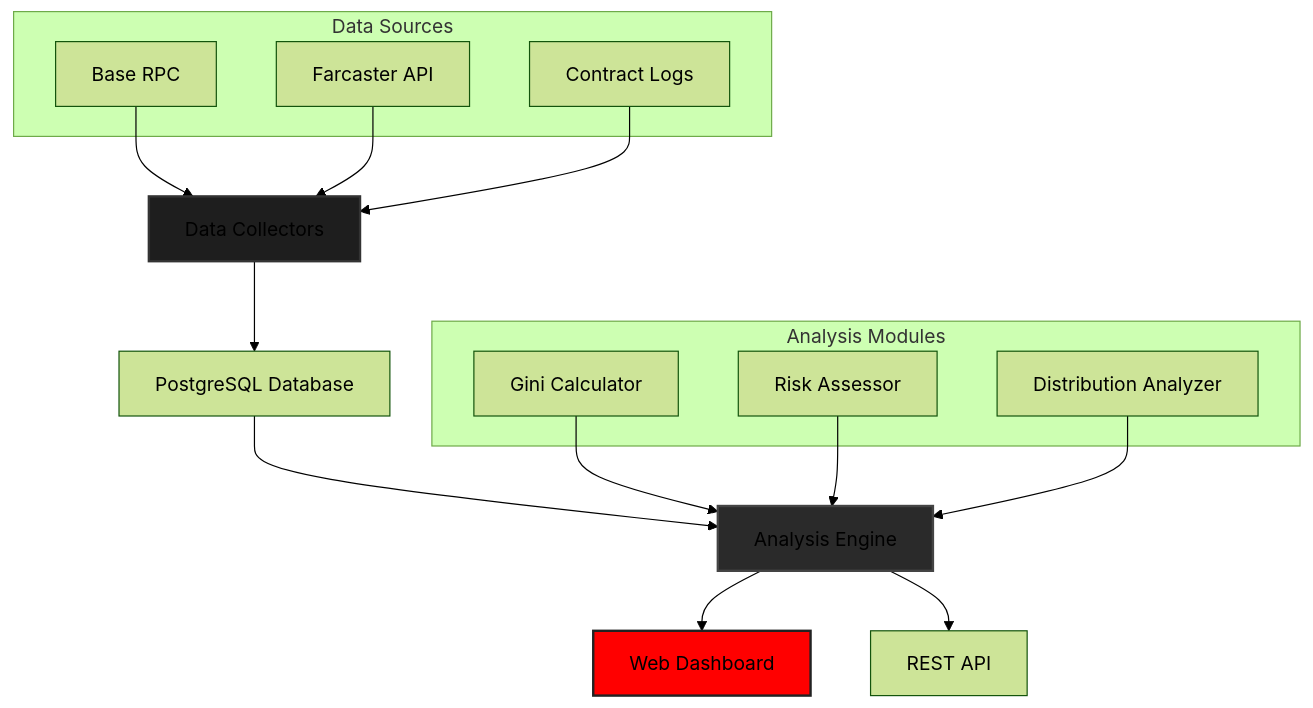
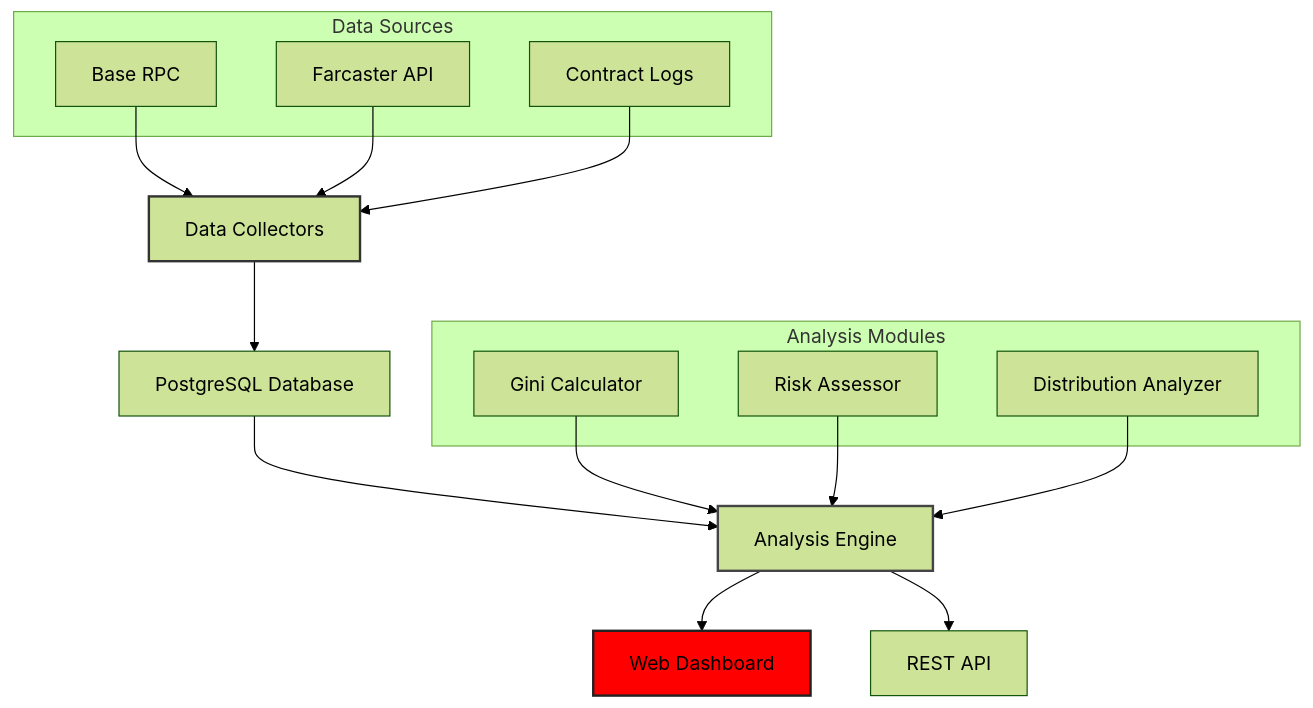
The diagram in README.md (Adrijan-Petek/base-monitor), drawn with Mermaid (forest theme) before and after one commit. The commit also changed other lines of this file, not shown here.

Commit message:
Update README with enhanced project details

````diff
--- a/README.md
+++ b/README.md
@@ -95,31 +95,31 @@
 ```mermaid
 graph TB
     A[Data Collectors] --> B[PostgreSQL Database]
     B --> C[Analysis Engine]
     C --> D[Web Dashboard]
     C --> E[REST API]
 
     subgraph "Data Sources"
         F[Base RPC]
         G[Farcaster API]
         H[Contract Logs]
     end
 
     subgraph "Analysis Modules"
         I[Gini Calculator]
         J[Risk Assessor]
         K[Distribution Analyzer]
     end
 
     F --> A
     G --> A
     H --> A
 
     I --> C
     J --> C
     K --> C
 
-    style A fill:#1e1e1e,stroke:#333,stroke-width:2px
-    style C fill:#2a2a2a,stroke:#444,stroke-width:2px
+    style A fill:##ff0000,stroke:#333,stroke-width:2px
+    style C fill:##ff0000,stroke:#444,stroke-width:2px
     style D fill:#ff0000,stroke:#222,stroke-width:2px
 ```
````
